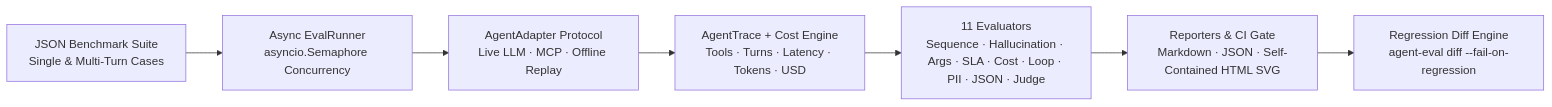
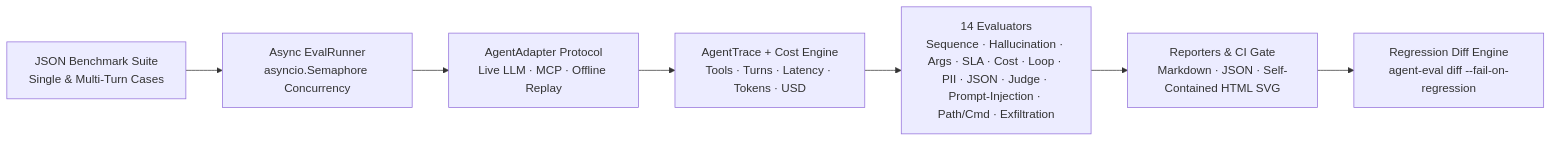
The diagram in README.md (Bugraciftci/agent-eval-harness), drawn with Mermaid before and after one commit. The commit also changed other lines of this file and 2 other files, not shown here.

Commit message:
Feat: Wire --security adversarial MCP evaluators into CLI and update v2.0 documentation

````diff
--- a/README.md
+++ b/README.md
@@ -16,9 +16,9 @@
 ```mermaid
 flowchart LR
     S["JSON Benchmark Suite<br/>Single & Multi-Turn Cases"] --> R["Async EvalRunner<br/>asyncio.Semaphore Concurrency"]
     R --> A["AgentAdapter Protocol<br/>Live LLM · MCP · Offline Replay"]
     A --> T["AgentTrace + Cost Engine<br/>Tools · Turns · Latency · Tokens · USD"]
-    T --> E["11 Evaluators<br/>Sequence · Hallucination · Args · SLA · Cost · Loop · PII · JSON · Judge"]
+    T --> E["14 Evaluators<br/>Sequence · Hallucination · Args · SLA · Cost · Loop · PII · JSON · Judge · Prompt-Injection · Path/Cmd · Exfiltration"]
     E --> REP["Reporters & CI Gate<br/>Markdown · JSON · Self-Contained HTML SVG"]
     REP --> DIFF["Regression Diff Engine<br/>agent-eval diff --fail-on-regression"]
 ```
````
